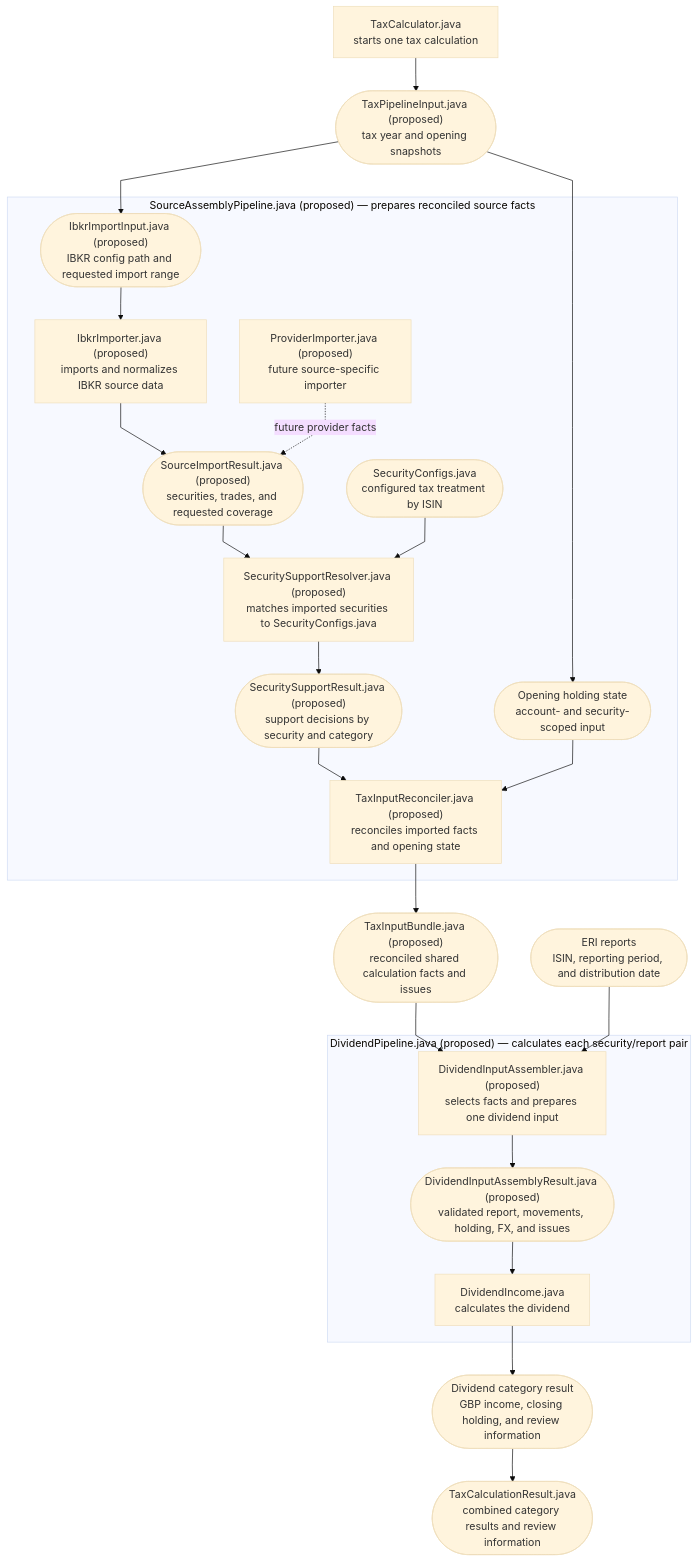
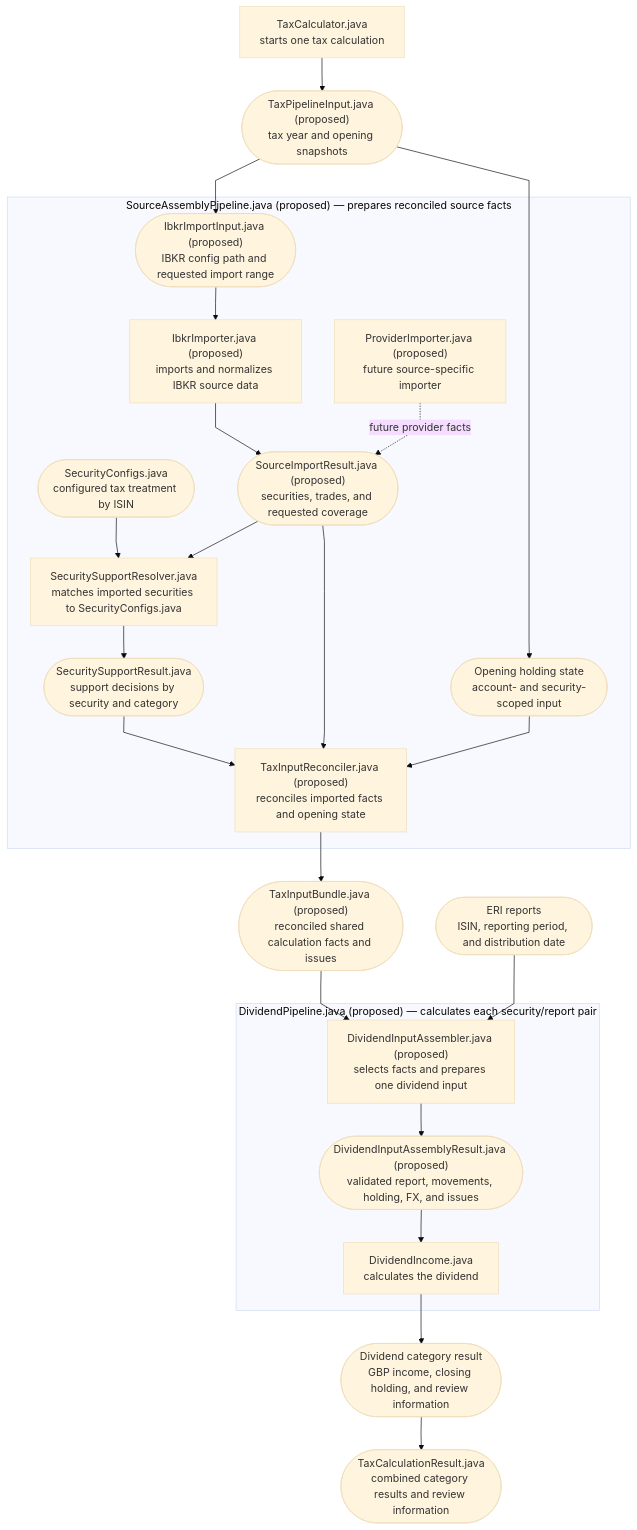
One commit to ChloeYiu/Self-Assessment-Helper changed the first of 2 diagrams in openspec/changes/acwi-dividend-run/design.md. Above: the diagram before and after it, drawn with Mermaid (base theme). The commit also changed other lines of this file and 13 other files, not shown here.

Commit message:
Add security support resolution

````diff
--- a/openspec/changes/acwi-dividend-run/design.md
+++ b/openspec/changes/acwi-dividend-run/design.md
@@ -21,45 +21,46 @@
 ```mermaid
 %%{init: {"flowchart": {"curve": "linear"}} }%%
 flowchart TD
     Run["TaxCalculator.java<br/>starts one tax calculation"]
     TaxInput(["TaxPipelineInput.java (proposed)<br/>tax year and opening snapshots"])
 
     subgraph SourceAssembly["SourceAssemblyPipeline.java (proposed) — prepares reconciled source facts"]
+        Configs(["SecurityConfigs.java<br/>configured tax treatment by ISIN"])
         IbkrInput(["IbkrImportInput.java (proposed)<br/>IBKR config path and requested import range"])
         Ibkr["IbkrImporter.java (proposed)<br/>imports and normalizes IBKR source data"]
         FutureImporter["ProviderImporter.java (proposed)<br/>future source-specific importer"]
         Facts(["SourceImportResult.java (proposed)<br/>securities, trades, and requested coverage"])
-        Support["SecuritySupportResolver.java (proposed)<br/>matches imported securities to SecurityConfigs.java"]
-        Configs(["SecurityConfigs.java<br/>configured tax treatment by ISIN"])
-        SupportResult(["SecuritySupportResult.java (proposed)<br/>support decisions by security and category"])
+        Support["SecuritySupportResolver.java<br/>matches imported securities to SecurityConfigs.java"]
+        SupportResult(["SecuritySupportResult.java<br/>support decisions by security and category"])
         Reconcile["TaxInputReconciler.java (proposed)<br/>reconciles imported facts and opening state"]
         Openings(["Opening holding state<br/>account- and security-scoped input"])
 
+        Configs --> Support
         IbkrInput --> Ibkr --> Facts --> Support --> SupportResult --> Reconcile
+        Facts --> Reconcile
         FutureImporter -. future provider facts .-> Facts
-        Configs --> Support
         Openings --> Reconcile
     end
 
     Bundle(["TaxInputBundle.java (proposed)<br/>reconciled shared calculation facts and issues"])
     Reports(["ERI reports<br/>ISIN, reporting period, and distribution date"])
 
     subgraph Dividend["DividendPipeline.java (proposed) — calculates each security/report pair"]
         Inputs["DividendInputAssembler.java (proposed)<br/>selects facts and prepares one dividend input"]
         DividendInput(["DividendInputAssemblyResult.java (proposed)<br/>validated report, movements, holding, FX, and issues"])
         Calculate["DividendIncome.java<br/>calculates the dividend"]
         Inputs --> DividendInput --> Calculate
     end
 
     DividendResult(["Dividend category result<br/>GBP income, closing holding, and review information"])
     Result(["TaxCalculationResult.java<br/>combined category results and review information"])
 
     Run --> TaxInput
     TaxInput --> IbkrInput
     TaxInput --> Openings
     Reconcile --> Bundle
     Bundle --> Inputs
     Reports --> Inputs
     Calculate --> DividendResult --> Result
 
 ```
````
